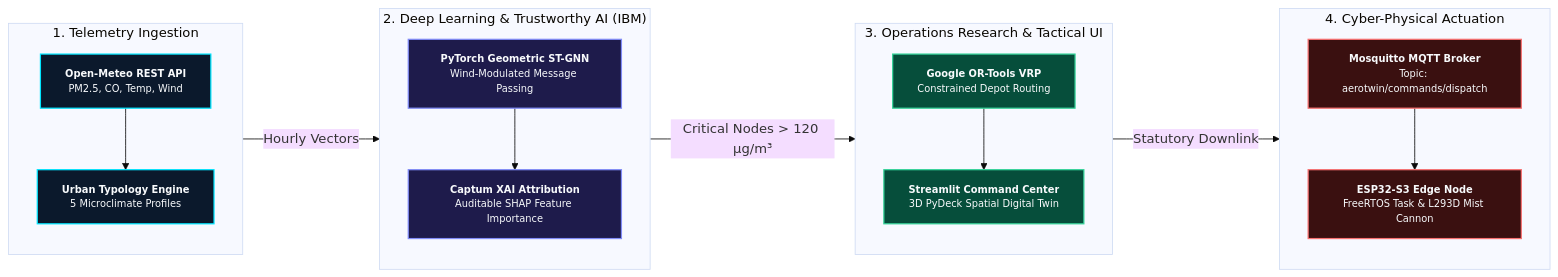
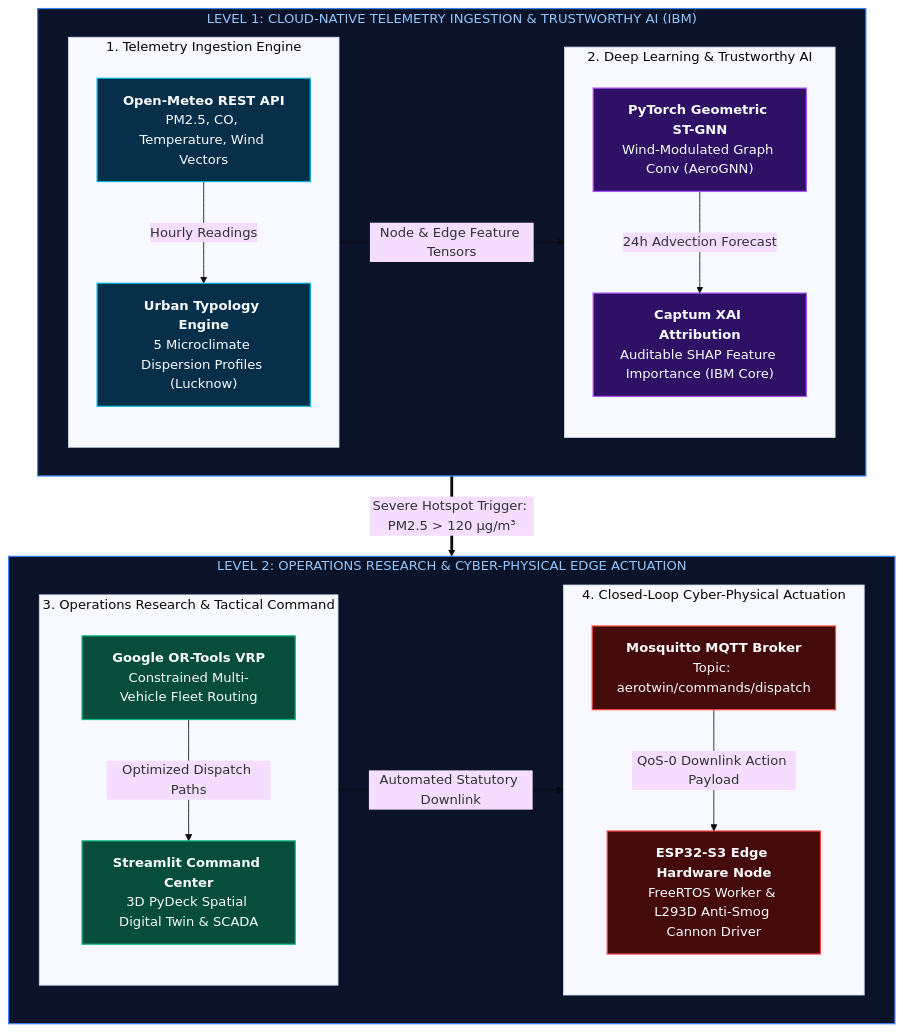
One commit to alfayezahmad/AeroTwin changed the diagram in README.md. Above: the diagram before and after it, drawn with Mermaid (base theme).

Commit message:
docs(arch): format architecture diagram into two-level layout

````diff
--- a/README.md
+++ b/README.md
@@ -50,45 +50,54 @@
 ```mermaid
-flowchart LR
-    subgraph INGEST["1. Telemetry Ingestion"]
-        direction TB
-        A["<b>Open-Meteo REST API</b><br/>PM2.5, CO, Temp, Wind"]
-        B["<b>Urban Typology Engine</b><br/>5 Microclimate Profiles"]
-        A --> B
+flowchart TB
+    subgraph LEVEL1["LEVEL 1: CLOUD-NATIVE TELEMETRY INGESTION & TRUSTWORTHY AI (IBM)"]
+        direction LR
+        subgraph INGEST["1. Telemetry Ingestion Engine"]
+            direction TB
+            A["<b>Open-Meteo REST API</b><br/>PM2.5, CO, Temperature, Wind Vectors"]
+            B["<b>Urban Typology Engine</b><br/>5 Microclimate Dispersion Profiles (Lucknow)"]
+            A -->|Hourly Readings| B
+        end
+
+        subgraph AI["2. Deep Learning & Trustworthy AI"]
+            direction TB
+            C["<b>PyTorch Geometric ST-GNN</b><br/>Wind-Modulated Graph Conv (AeroGNN)"]
+            D["<b>Captum XAI Attribution</b><br/>Auditable SHAP Feature Importance (IBM Core)"]
+            C -->|24h Advection Forecast| D
+        end
+
+        INGEST -->|Node & Edge Feature Tensors| AI
     end
 
-    subgraph AI["2. Deep Learning & Trustworthy AI (IBM)"]
-        direction TB
-        C["<b>PyTorch Geometric ST-GNN</b><br/>Wind-Modulated Message Passing"]
-        D["<b>Captum XAI Attribution</b><br/>Auditable SHAP Feature Importance"]
-        C --> D
+    subgraph LEVEL2["LEVEL 2: OPERATIONS RESEARCH & CYBER-PHYSICAL EDGE ACTUATION"]
+        direction LR
+        subgraph COMMAND["3. Operations Research & Tactical Command"]
+            direction TB
+            E["<b>Google OR-Tools VRP</b><br/>Constrained Multi-Vehicle Fleet Routing"]
+            F["<b>Streamlit Command Center</b><br/>3D PyDeck Spatial Digital Twin & SCADA"]
+            E -->|Optimized Dispatch Paths| F
+        end
+
+        subgraph EDGE["4. Closed-Loop Cyber-Physical Actuation"]
+            direction TB
+            G["<b>Mosquitto MQTT Broker</b><br/>Topic: aerotwin/commands/dispatch"]
+            H["<b>ESP32-S3 Edge Hardware Node</b><br/>FreeRTOS Worker & L293D Anti-Smog Cannon Driver"]
+            G -->|QoS-0 Downlink Action Payload| H
+        end
+
+        COMMAND -->|Automated Statutory Downlink| EDGE
     end
 
-    subgraph COMMAND["3. Operations Research & Tactical UI"]
-        direction TB
-        E["<b>Google OR-Tools VRP</b><br/>Constrained Depot Routing"]
-        F["<b>Streamlit Command Center</b><br/>3D PyDeck Spatial Digital Twin"]
-        E --> F
-    end
+    LEVEL1 ==>|Severe Hotspot Trigger: PM2.5 > 120 µg/m³| LEVEL2
 
-    subgraph EDGE["4. Cyber-Physical Actuation"]
-        direction TB
-        G["<b>Mosquitto MQTT Broker</b><br/>Topic: aerotwin/commands/dispatch"]
-        H["<b>ESP32-S3 Edge Node</b><br/>FreeRTOS Task & L293D Mist Cannon"]
-        G --> H
-    end
+    classDef levelBox fill:#0b1329,stroke:#3b82f6,stroke-width:1.5px,color:#93c5fd;
+    classDef ingest fill:#082f49,stroke:#06b6d4,stroke-width:1.5px,color:#f8fafc;
+    classDef aiStyle fill:#2e1065,stroke:#a855f7,stroke-width:1.5px,color:#f8fafc;
+    classDef opsStyle fill:#064e3b,stroke:#10b981,stroke-width:1.5px,color:#f8fafc;
+    classDef edgeStyle fill:#450a0a,stroke:#ef4444,stroke-width:1.5px,color:#f8fafc;
 
-    B -->|Hourly Vectors| C
-    D -->|Critical Nodes > 120 µg/m³| E
-    F -->|Statutory Downlink| G
-
-    classDef default fill:#0f172a,stroke:#334155,color:#e2e8f0,font-size:12px;
-    classDef ingest fill:#0b192c,stroke:#00e5ff,stroke-width:1.5px,color:#f8fafc;
-    classDef aiStyle fill:#1e1b4b,stroke:#818cf8,stroke-width:1.5px,color:#f8fafc;
-    classDef opsStyle fill:#064e3b,stroke:#34d399,stroke-width:1.5px,color:#f8fafc;
-    classDef edgeStyle fill:#3a1010,stroke:#f87171,stroke-width:1.5px,color:#f8fafc;
-
+    class LEVEL1,LEVEL2 levelBox;
     class A,B ingest;
     class C,D aiStyle;
     class E,F opsStyle;
     class G,H edgeStyle;
 ```
````
